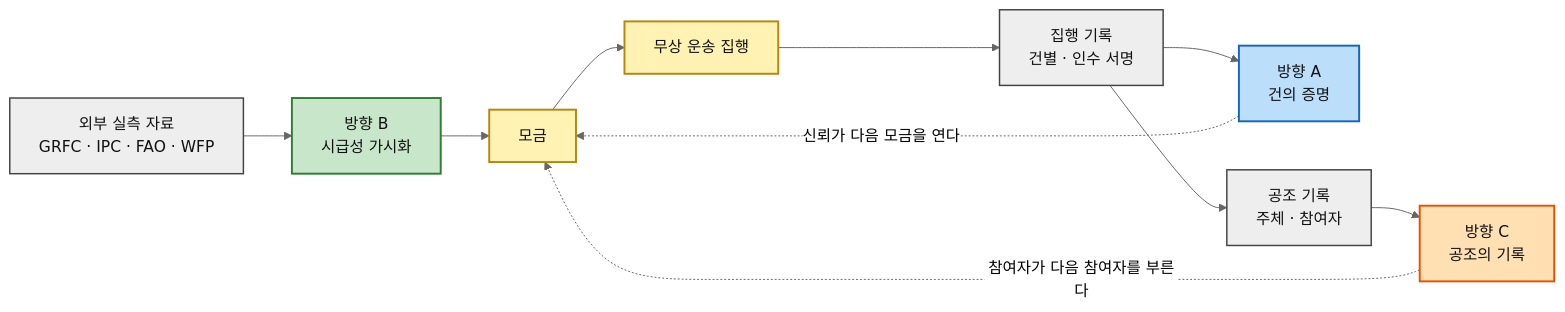
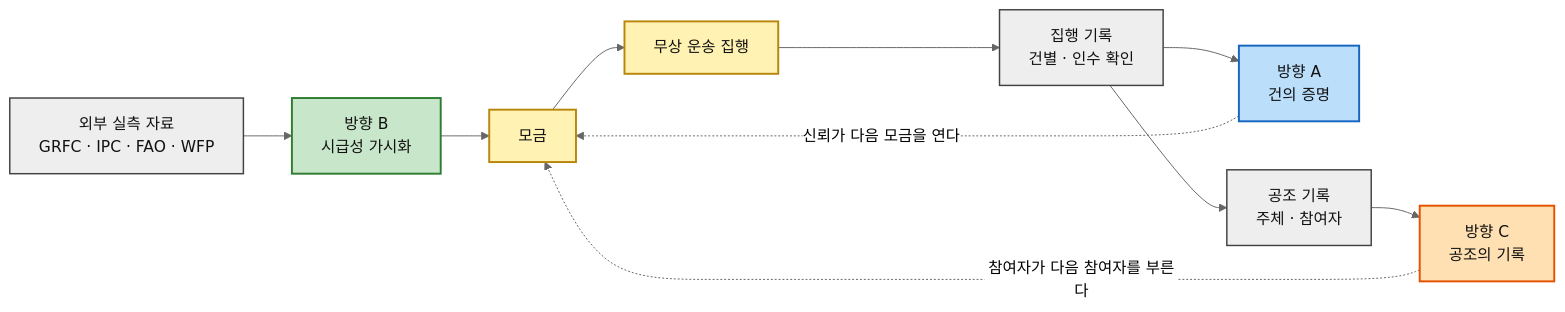
The second of 2 diagrams in 08-competitor-branding/가치목표-제안-03-식량-재분배-플랫폼.md (wild-mental/business-research-practice-2026-sesac), drawn with Mermaid (neutral theme) before and after one commit. The commit also changed other lines of this file and 3 other files, not shown here.

````diff
--- a/08-competitor-branding/가치목표-제안-03-식량-재분배-플랫폼.md
+++ b/08-competitor-branding/가치목표-제안-03-식량-재분배-플랫폼.md
@@ -182,18 +184,18 @@
 ```mermaid
 flowchart LR
     D0["외부 실측 자료<br>GRFC · IPC · FAO · WFP"]:::src --> B["방향 B<br>시급성 가시화"]:::b
     B --> FUND["모금"]:::mid
     FUND --> EXEC["무상 운송 집행"]:::mid
-    EXEC --> D2["집행 기록<br>건별 · 인수 서명"]:::src
+    EXEC --> D2["집행 기록<br>건별 · 인수 확인"]:::src
     D2 --> A["방향 A<br>건의 증명"]:::a
     D2 --> D3["공조 기록<br>주체 · 참여자"]:::src
     D3 --> C["방향 C<br>공조의 기록"]:::c
     A -.->|"신뢰가 다음 모금을 연다"| FUND
     C -.->|"참여자가 다음 참여자를 부른다"| FUND
 
     classDef src fill:#EEEEEE,stroke:#424242,stroke-width:1.5px,color:#111;
     classDef b fill:#C8E6C9,stroke:#2E7D32,stroke-width:2px,color:#111;
     classDef a fill:#BBDEFB,stroke:#1565C0,stroke-width:2px,color:#111;
     classDef c fill:#FFE0B2,stroke:#E65100,stroke-width:2px,color:#111;
     classDef mid fill:#FFF2B2,stroke:#B8860B,stroke-width:2px,color:#111;
 ```
````
